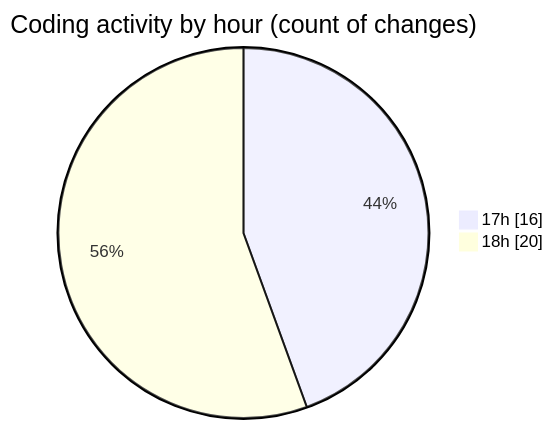
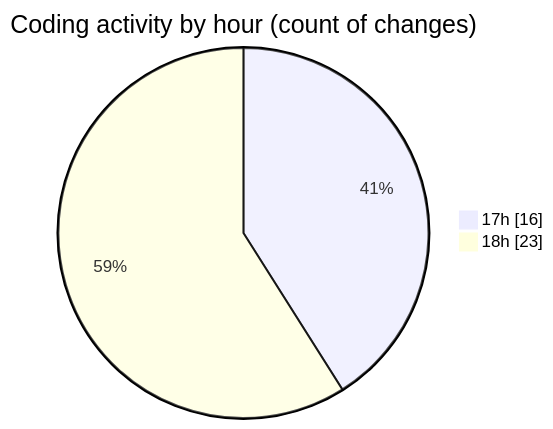
Before and after one commit to robertbonfada/code-tracking: the second of 2 diagrams in 2025-02-28/audiobooks-web/README.md, drawn with Mermaid. The commit also changed other lines of this file and 1 other file, not shown here.

````diff
--- a/2025-02-28/audiobooks-web/README.md
+++ b/2025-02-28/audiobooks-web/README.md
@@ -42,6 +42,6 @@
 ```mermaid
 pie showData
 title Coding activity by hour (count of changes)
 "17h" : 16
-"18h" : 20
+"18h" : 23
 ```
````
